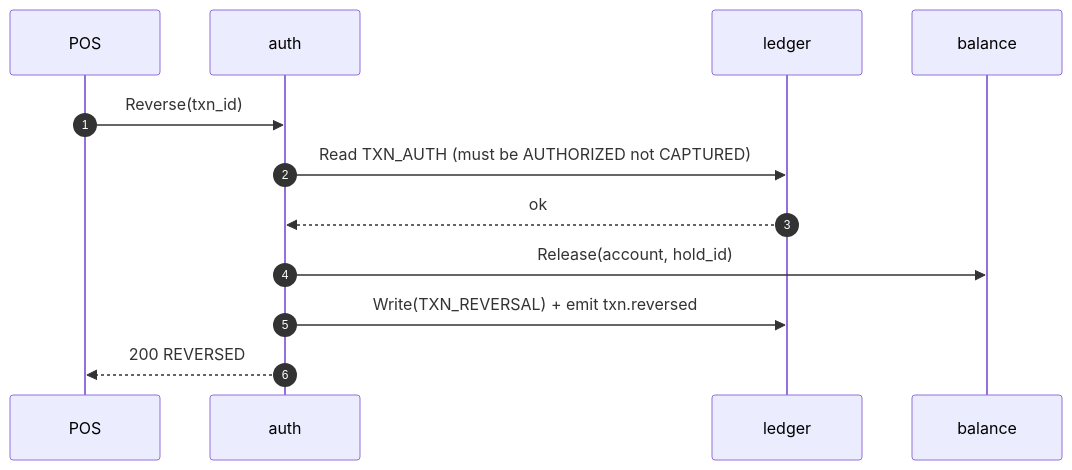
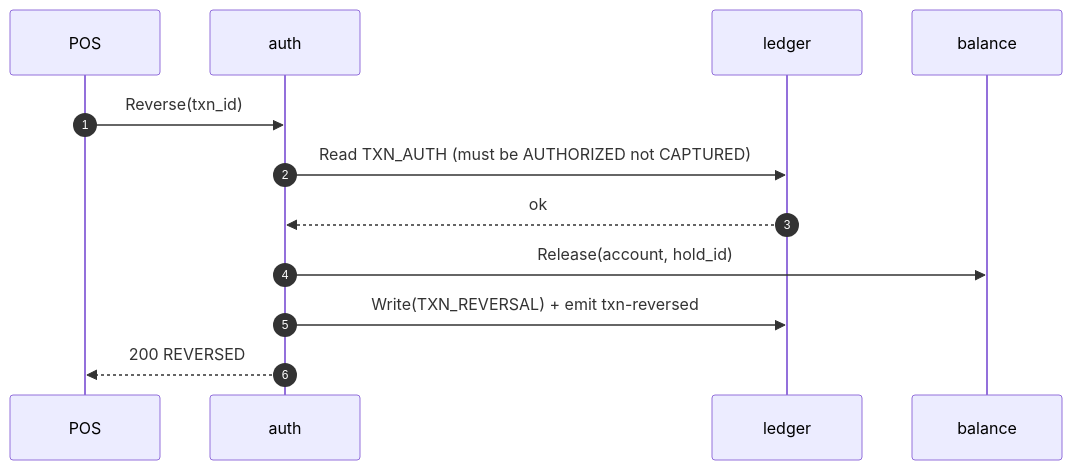
One commit to kumarabhik/Credit_Card changed the eighth of 15 diagrams in design_doc.md. Above: the diagram before and after it, drawn with Mermaid. The commit also changed other lines of this file and 76 other files, not shown here.

````diff
--- a/design_doc.md
+++ b/design_doc.md
@@ -1080,15 +1080,15 @@
 ```mermaid
 sequenceDiagram
     autonumber
     participant POS
     participant A as auth
     participant L as ledger
     participant B as balance
 
     POS->>A: Reverse(txn_id)
     A->>L: Read TXN_AUTH (must be AUTHORIZED not CAPTURED)
     L-->>A: ok
     A->>B: Release(account, hold_id)
-    A->>L: Write(TXN_REVERSAL) + emit txn.reversed
+    A->>L: Write(TXN_REVERSAL) + emit txn-reversed
     A-->>POS: 200 REVERSED
 ```
````
